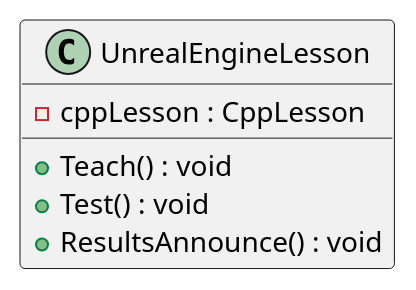
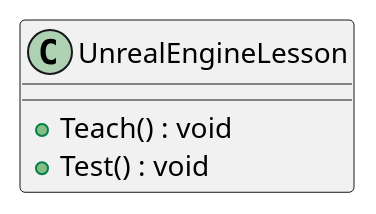
Before and after one commit to Zukky55/design_pattern: the diagram in TemplateMethod/NotUse/out/UnrealEngineLesson.puml, drawn with PlantUML. The commit also changed 33 other files, not shown here.

```diff
--- a/TemplateMethod/NotUse/out/UnrealEngineLesson.puml
+++ b/TemplateMethod/NotUse/out/UnrealEngineLesson.puml
@@ -1,8 +1,6 @@
 @startuml
 class UnrealEngineLesson {
-    - cppLesson : CppLesson
     + Teach() : void
     + Test() : void
-    + ResultsAnnounce() : void
 }
 @enduml
```
